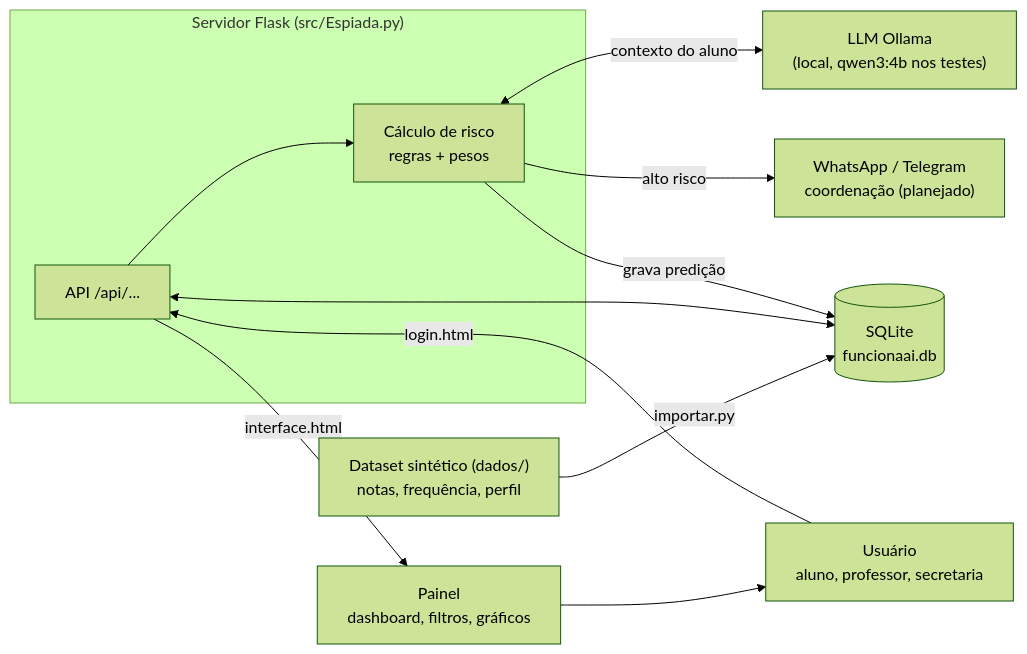
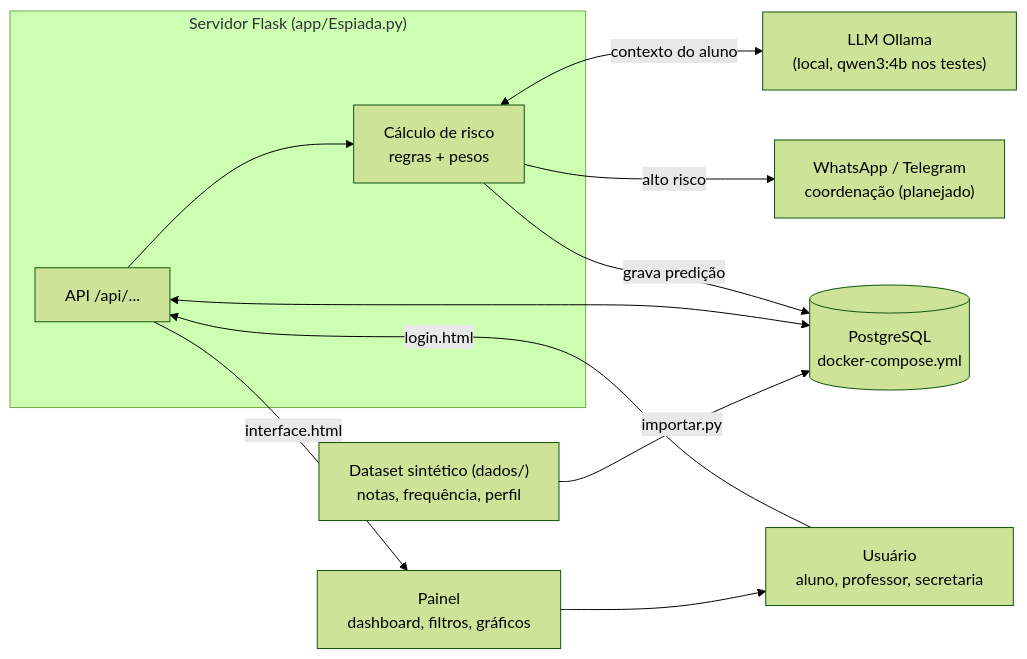
One commit to DiegoGDutra/Projeto-Espiada changed the first of 4 diagrams in readme.md. Above: the diagram before and after it, drawn with Mermaid (forest theme). The commit also changed other lines of this file and 46 other files, not shown here.

Commit message:
migração do banco (SQlite para POSTGRESQl), reorganização dos arquivos, implementação do docker para o banco e ampliação do dataset (de 200 para 5000)

````diff
--- a/readme.md
+++ b/readme.md
@@ -173,16 +188,16 @@
 ```mermaid
 flowchart LR
     AVA["Dataset sintético (dados/)<br/>notas, frequência, perfil"] -->|importar.py| DB
-    subgraph Servidor["Servidor Flask (src/Espiada.py)"]
+    subgraph Servidor["Servidor Flask (app/Espiada.py)"]
         API["API /api/..."]
         CALC["Cálculo de risco<br/>regras + pesos"]
         API --> CALC
     end
-    API <--> DB[("SQLite<br/>funcionaai.db")]
+    API <--> DB[("PostgreSQL<br/>docker-compose.yml")]
     CALC <-->|contexto do aluno| LLM["LLM Ollama<br/>(local, qwen3:4b nos testes)"]
     CALC -->|grava predição| DB
     CALC -->|alto risco| NOTIF["WhatsApp / Telegram<br/>coordenação (planejado)"]
     U["Usuário<br/>aluno, professor, secretaria"] -->|login.html| API
     API -->|interface.html| PAINEL["Painel<br/>dashboard, filtros, gráficos"]
     PAINEL --> U
 ```
````
